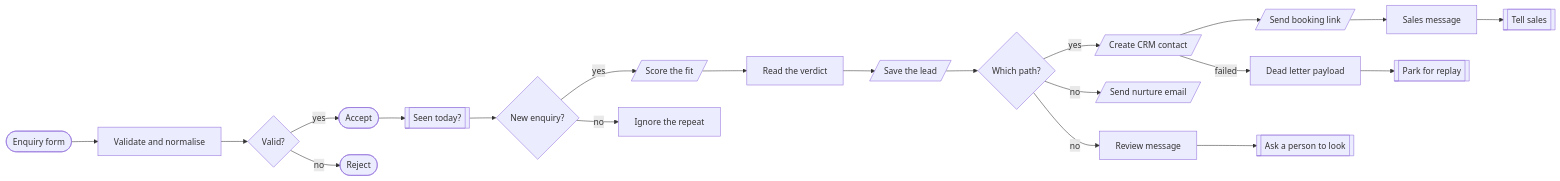
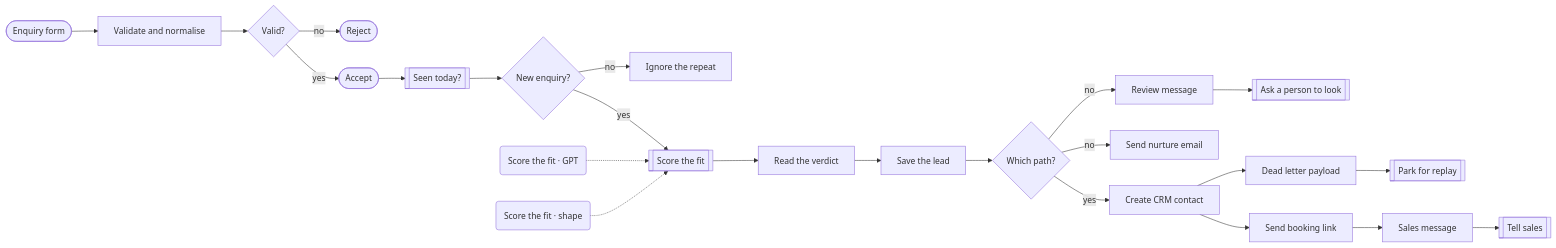
Before and after one commit to kimjoshuadr/n8n-workflows: the first of 3 diagrams in systems/lead-intake/README.md, drawn with Mermaid. The commit also changed other lines of this file and 184 other files, not shown here.

Commit message:
Finish the move to named platforms: blocks, BambooHR, generated README, schema and platform marks

````diff
--- a/systems/lead-intake/README.md
+++ b/systems/lead-intake/README.md
@@ -23,44 +21,48 @@
 ```mermaid
 flowchart LR
   na6y088(["Enquiry form"])
   n1gx4olk["Validate and normalise"]
   n2xqlyi{"Valid?"}
   n13pxty(["Reject"])
   n1s1udbj(["Accept"])
   nssd3oc[["Seen today?"]]
   ndk0vlv{"New enquiry?"}
   n1ntcjch["Ignore the repeat"]
-  n1yduzd9[/"Score the fit"/]
+  n1yduzd9[["Score the fit"]]
+  n11cnhan("Score the fit · GPT")
+  notjlnp("Score the fit · shape")
   n1riexmv["Read the verdict"]
-  nem5cfb[/"Save the lead"/]
+  nem5cfb["Save the lead"]
   n1ie8epc{"Which path?"}
-  nwklbsx[/"Create CRM contact"/]
-  n16viuuq[/"Send booking link"/]
+  nwklbsx["Create CRM contact"]
+  n16viuuq["Send booking link"]
   n7dloas[["Tell sales"]]
   naa7b4d[["Park for replay"]]
-  n142sp6y[/"Send nurture email"/]
+  n142sp6y["Send nurture email"]
   n3pnali[["Ask a person to look"]]
   nu9z030["Sales message"]
   n20moti["Review message"]
   n1x46bex["Dead letter payload"]
   na6y088 --> n1gx4olk
   n1gx4olk --> n2xqlyi
   n2xqlyi -->|yes| n1s1udbj
   n1s1udbj --> nssd3oc
   nssd3oc --> ndk0vlv
   ndk0vlv -->|yes| n1yduzd9
   n1yduzd9 --> n1riexmv
   n1riexmv --> nem5cfb
   nem5cfb --> n1ie8epc
   n2xqlyi -->|no| n13pxty
   ndk0vlv -->|no| n1ntcjch
   n1ie8epc -->|yes| nwklbsx
   nwklbsx --> n16viuuq
   n16viuuq --> nu9z030
   nu9z030 --> n7dloas
-  nwklbsx -->|failed| n1x46bex
+  nwklbsx --> n1x46bex
   n1x46bex --> naa7b4d
   n1ie8epc -->|no| n142sp6y
   n1ie8epc -->|no| n20moti
   n20moti --> n3pnali
+  n11cnhan -.-> n1yduzd9
+  notjlnp -.-> n1yduzd9
 ```
````
